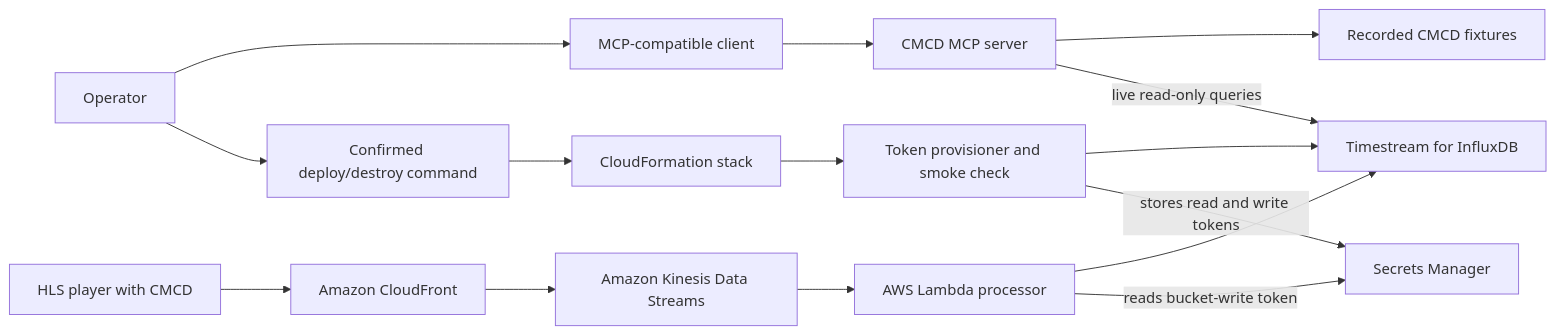
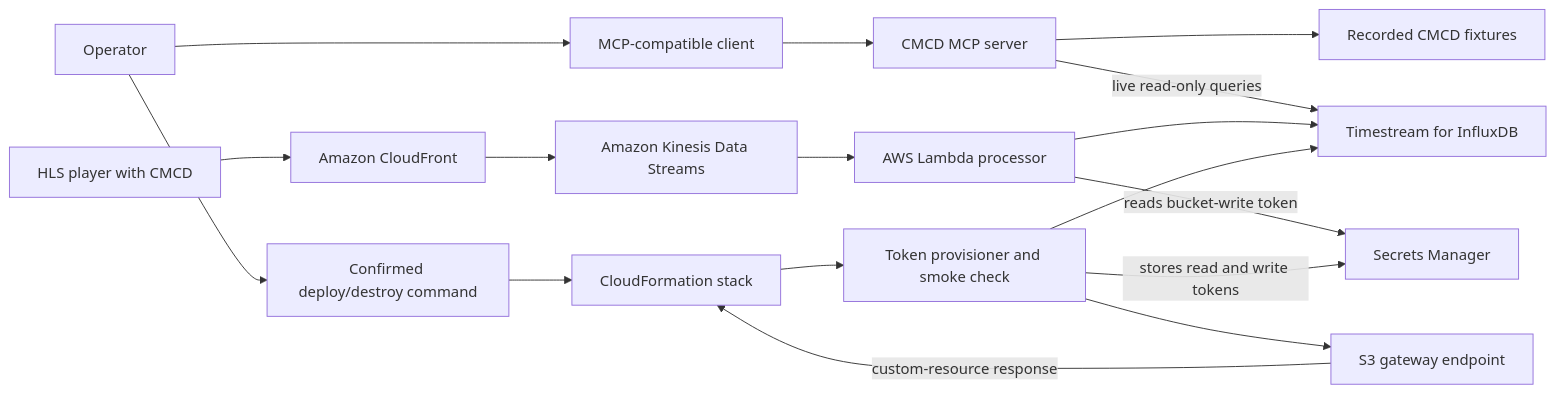
The diagram in samples/cmcd/README.md (aws-samples/sample-agentic-video-operations), drawn with Mermaid before and after one commit. The commit also changed other lines of this file and 203 other files, not shown here.

````diff
--- a/samples/cmcd/README.md
+++ b/samples/cmcd/README.md
@@ -22,19 +22,21 @@
 ```mermaid
 flowchart LR
     Operator --> Client[MCP-compatible client]
     Client --> Server[CMCD MCP server]
     Server --> Fixtures[Recorded CMCD fixtures]
     Server -->|live read-only queries| Influx[Timestream for InfluxDB]
 
     Player[HLS player with CMCD] --> CF[Amazon CloudFront]
     CF --> Stream[Amazon Kinesis Data Streams]
     Stream --> Processor[AWS Lambda processor]
     Processor --> Influx
     Processor -->|reads bucket-write token| Secret[Secrets Manager]
 
     Operator --> Manager[Confirmed deploy/destroy command]
     Manager --> Stack[CloudFormation stack]
     Stack --> Provisioner[Token provisioner and smoke check]
     Provisioner --> Influx
     Provisioner -->|stores read and write tokens| Secret
+    Provisioner --> Endpoint[S3 gateway endpoint]
+    Endpoint -->|custom-resource response| Stack
 ```
````
